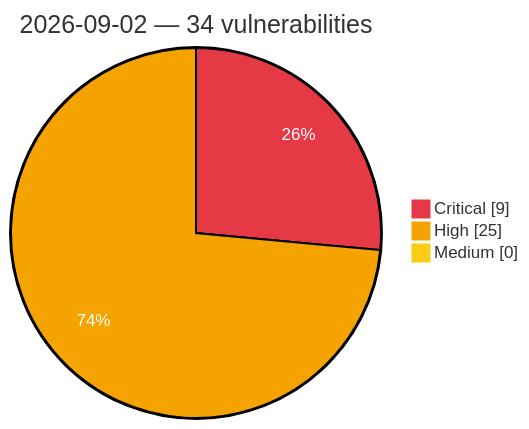
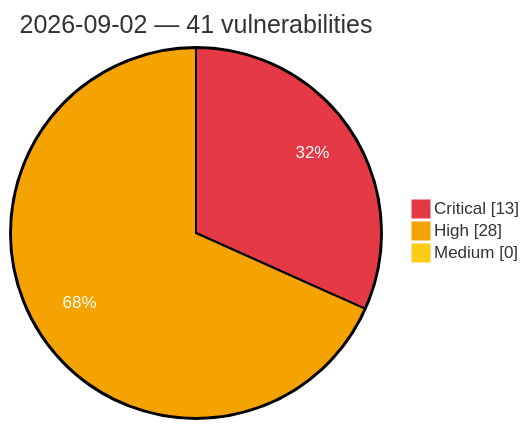
The diagram in vulnerabilities/2026/September/2026-09-02.md (GhostX0X/vuln-tracker), drawn with Mermaid before and after one commit. The commit also changed other lines of this file and 5 other files, not shown here.

Commit message:
Auto update: critical/high vulns (2026-09-02 17:22 UTC)

````diff
--- a/vulnerabilities/2026/September/2026-09-02.md
+++ b/vulnerabilities/2026/September/2026-09-02.md
@@ -3,8 +3,8 @@
 ```mermaid
 %%{init: {'theme':'base', 'themeVariables': {'pie1':'#e63946', 'pie2':'#f4a300', 'pie3':'#facc15', 'pieOpacity':'1', 'pieOuterStrokeWidth':'2px', 'pieSectionTextColor':'#ffffff'}}}%%
 pie showData
-    title 2026-09-02 — 34 vulnerabilities
-    "Critical" : 9
-    "High" : 25
+    title 2026-09-02 — 41 vulnerabilities
+    "Critical" : 13
+    "High" : 28
     "Medium" : 0
 ```
````
